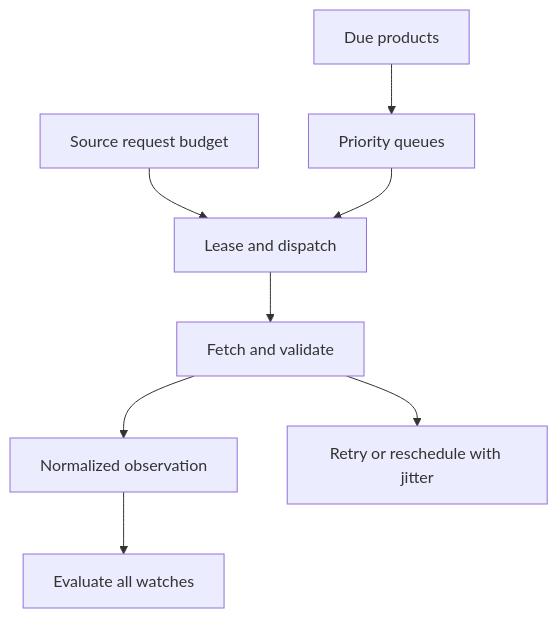
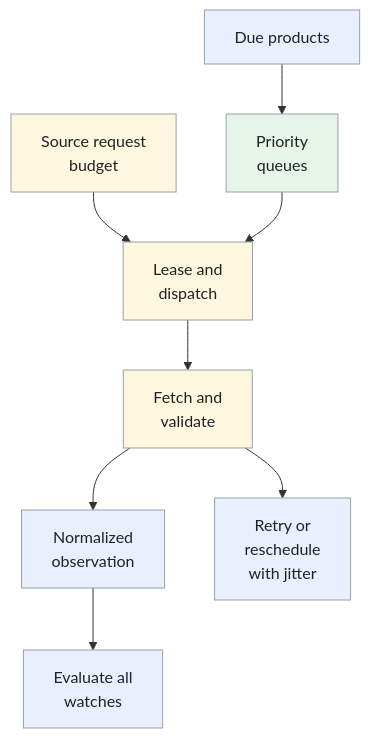
One commit to iliazlobin/iliazlobin.github.io changed the fourth of 5 diagrams in _designs/system-design-camelcamelcamel.md. Above: the diagram before and after it, drawn with Mermaid. The commit also changed other lines of this file and 131 other files, not shown here.

````diff
--- a/_designs/system-design-camelcamelcamel.md
+++ b/_designs/system-design-camelcamelcamel.md
@@ -221,10 +282,16 @@
 ```mermaid
 flowchart TB
-  D["Due products"] --> Q["Priority queues"]
-  B["Source request budget"] --> S["Lease and dispatch"]
+  D["Due products"] --> Q["Priority<br>queues"]
+  B["Source request<br>budget"] --> S["Lease and<br>dispatch"]
   Q --> S
-  S --> F["Fetch and validate"]
-  F --> O["Normalized observation"]
-  O --> W["Evaluate all watches"]
-  F --> R["Retry or reschedule with jitter"]
+  S --> F["Fetch and<br>validate"]
+  F --> O["Normalized<br>observation"]
+  O --> W["Evaluate all<br>watches"]
+  F --> R["Retry or<br>reschedule<br>with jitter"]
+  classDef request fill:#e8f0fe,stroke:#9aa0a6,color:#202124,stroke-width:1px
+  classDef background fill:#e6f4ea,stroke:#9aa0a6,color:#202124,stroke-width:1px
+  classDef control fill:#fef7e0,stroke:#9aa0a6,color:#202124,stroke-width:1px
+  class D,O,W,R request
+  class Q background
+  class B,S,F control
 ```
````
